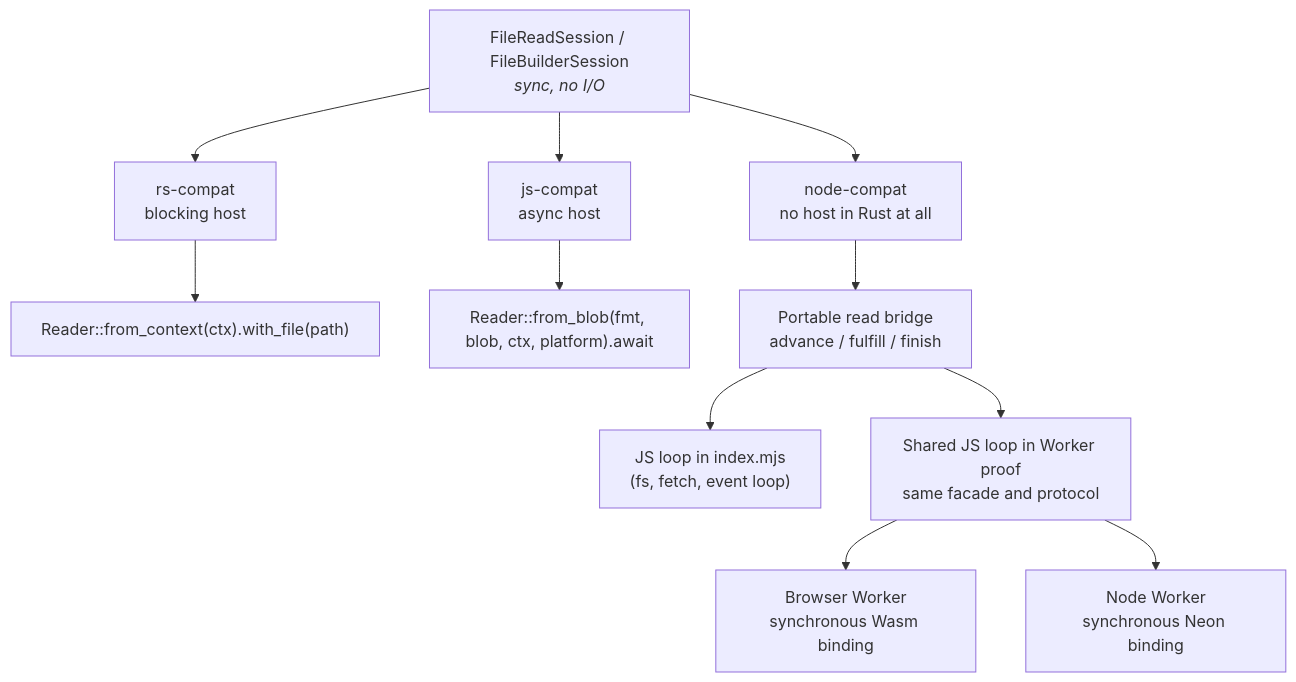
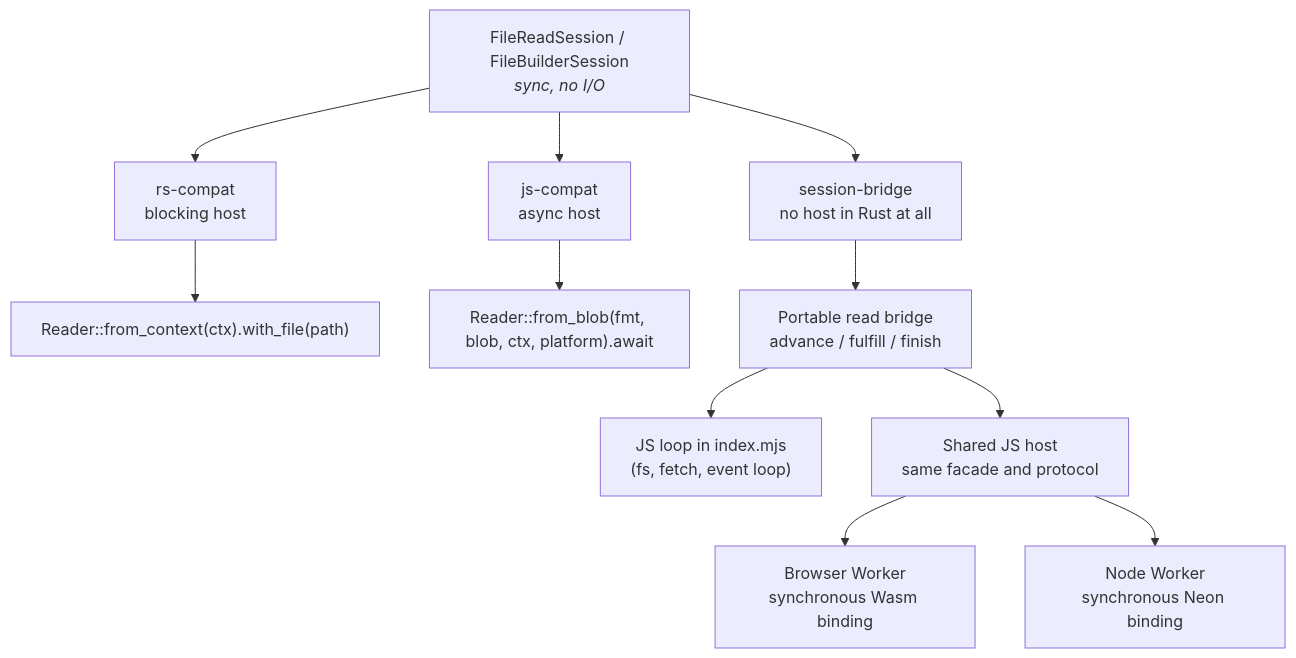
One commit to scouten/state-machine-experiment changed the first of 2 diagrams in docs/walkthrough/06-bindings.md. Above: the diagram before and after it, drawn with Mermaid. The commit also changed other lines of this file and 100 other files, not shown here.

First line of the commit message:
Promote shared JavaScript host and extract neutral session bridges

````diff
--- a/docs/walkthrough/06-bindings.md
+++ b/docs/walkthrough/06-bindings.md
@@ -7,14 +7,14 @@
 ```mermaid
 flowchart TB
     E["FileReadSession / FileBuilderSession<br/><i>sync, no I/O</i>"]
     E --> R["rs-compat<br/>blocking host"]
     E --> J["js-compat<br/>async host"]
-    E --> N["node-compat<br/>no host in Rust at all"]
+    E --> N["session-bridge<br/>no host in Rust at all"]
     R --> R1["Reader::from_context(ctx).with_file(path)"]
     J --> J1["Reader::from_blob(fmt, blob, ctx, platform).await"]
     N --> N1["Portable read bridge<br/>advance / fulfill / finish"]
     N1 --> N2["JS loop in index.mjs<br/>(fs, fetch, event loop)"]
-    N1 --> W["Shared JS loop in Worker proof<br/>same facade and protocol"]
+    N1 --> W["Shared JS host<br/>same facade and protocol"]
     W --> WB["Browser Worker<br/>synchronous Wasm binding"]
     W --> WN["Node Worker<br/>synchronous Neon binding"]
 ```
````
